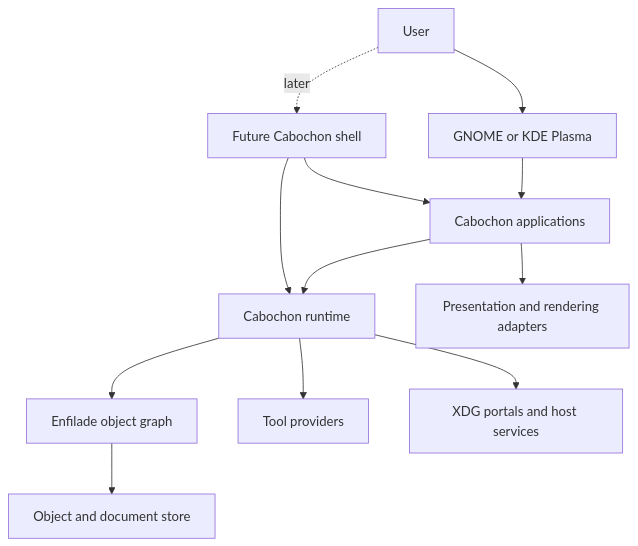
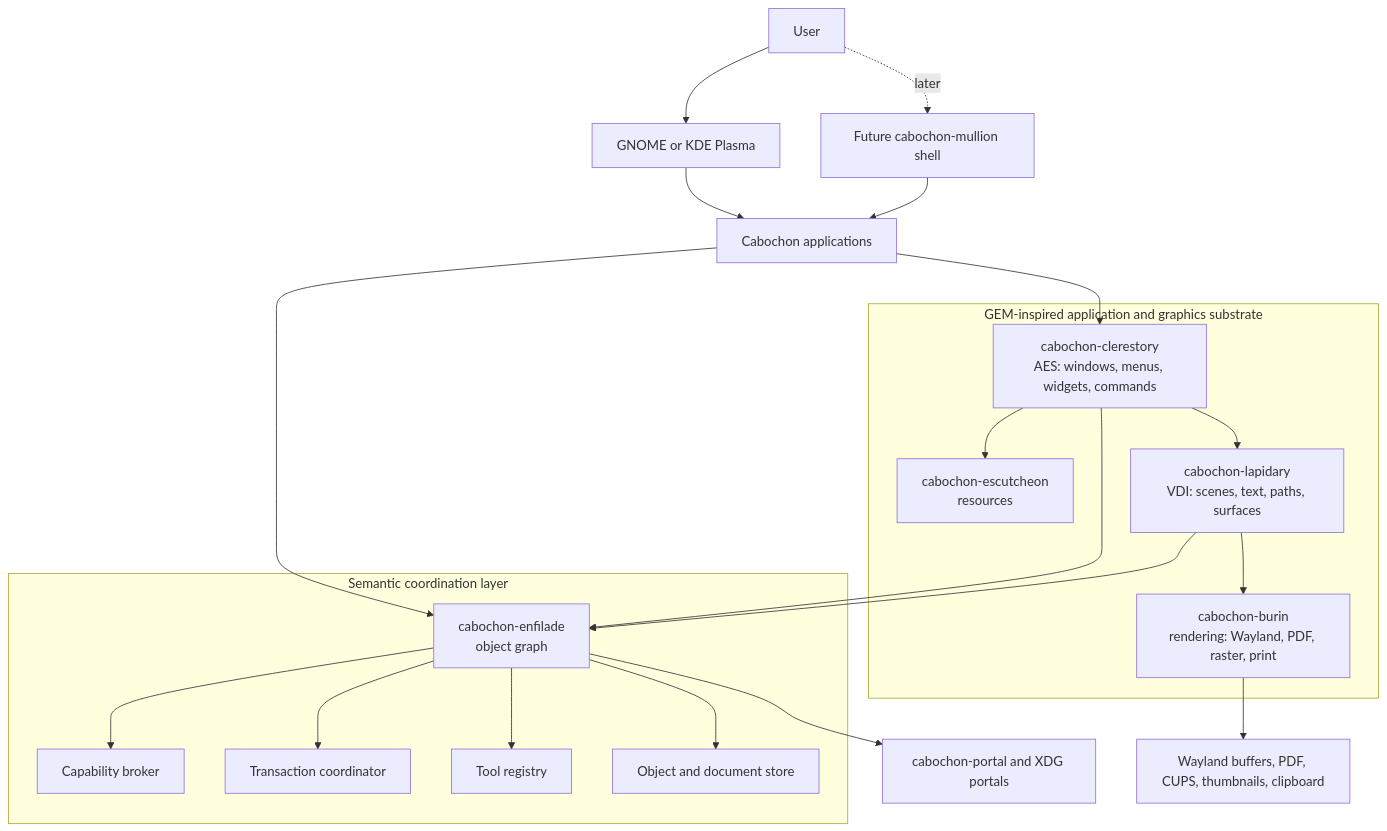
Before and after one commit to leynos/cabochon: the diagram in docs/cabochon-design.md, drawn with Mermaid. The commit also changed other lines of this file and 6 other files, not shown here.

First line of the commit message:
Restore the GEM substrate as the design's first-class platform

````diff
--- a/docs/cabochon-design.md
+++ b/docs/cabochon-design.md
@@ -100,25 +161,46 @@
 ```mermaid
 flowchart TB
     User[User]
     Host[GNOME or KDE Plasma]
-    Shell[Future Cabochon shell]
+    Mullion["Future cabochon-mullion shell"]
     Apps[Cabochon applications]
-    Runtime[Cabochon runtime]
-    Graph[Enfilade object graph]
-    Tools[Tool providers]
-    Store[Object and document store]
-    Portals[XDG portals and host services]
-    Render[Presentation and rendering adapters]
+
+    subgraph GEM["GEM-inspired application and graphics substrate"]
+        Clerestory["cabochon-clerestory<br>AES: windows, menus, widgets, commands"]
+        Escutcheon["cabochon-escutcheon<br>resources"]
+        Lapidary["cabochon-lapidary<br>VDI: scenes, text, paths, surfaces"]
+        Burin["cabochon-burin<br>rendering: Wayland, PDF, raster, print"]
+    end
+
+    subgraph Semantic["Semantic coordination layer"]
+        Enfilade["cabochon-enfilade<br>object graph"]
+        Capabilities[Capability broker]
+        Transactions[Transaction coordinator]
+        Tools[Tool registry]
+        Store[Object and document store]
+    end
+
+    Portals["cabochon-portal and XDG portals"]
+    Outputs["Wayland buffers, PDF, CUPS, thumbnails, clipboard"]
 
     User --> Host
-    User -. later .-> Shell
+    User -. later .-> Mullion
     Host --> Apps
-    Shell --> Apps
-    Apps --> Runtime
-    Runtime --> Graph
-    Runtime --> Tools
-    Graph --> Store
-    Runtime --> Portals
-    Apps --> Render
-    Shell --> Runtime
+    Mullion --> Apps
+
+    Apps --> Clerestory
+    Clerestory --> Escutcheon
+    Clerestory --> Lapidary
+    Lapidary --> Burin
+    Burin --> Outputs
+
+    Apps --> Enfilade
+    Clerestory --> Enfilade
+    Lapidary --> Enfilade
+
+    Enfilade --> Capabilities
+    Enfilade --> Transactions
+    Enfilade --> Tools
+    Enfilade --> Store
+    Enfilade --> Portals
 ```
````
